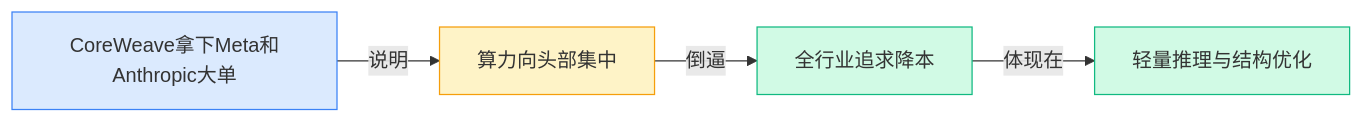
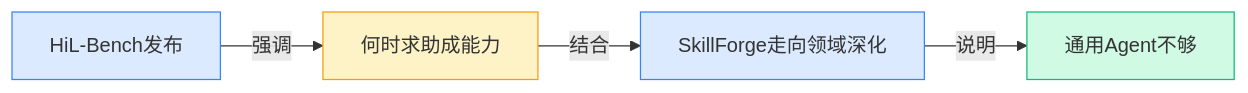
Before and after one commit to ylzsdafei/ai-daily-site: the fifth of 8 diagrams in content/cn/blog/weekly/2026-W16.md, drawn with Mermaid. The commit also changed other lines of this file and 1 other file, not shown here.

Commit message:
feat: 宏观趋势加详细图谱折叠

````diff
--- a/content/cn/blog/weekly/2026-W16.md
+++ b/content/cn/blog/weekly/2026-W16.md
@@ -146,12 +140,10 @@
 ```mermaid
 graph LR
-A[CoreWeave拿下Meta和Anthropic大单]-->|说明|B[算力向头部集中]
-B-->|倒逼|C[全行业追求降本]
-C-->|体现在|D[轻量推理与结构优化]
+A[HiL-Bench发布] -->|强调| B[何时求助成能力] -->|结合| C[SkillForge走向领域深化] -->|说明| D[通用Agent不够]
 classDef blue fill:#dbeafe,stroke:#3b82f6
 classDef yellow fill:#fef3c7,stroke:#f59e0b
 classDef green fill:#d1fae5,stroke:#10b981
-class A blue
+class A,C blue
 class B yellow
-class C,D green
+class D green
 ```
````
